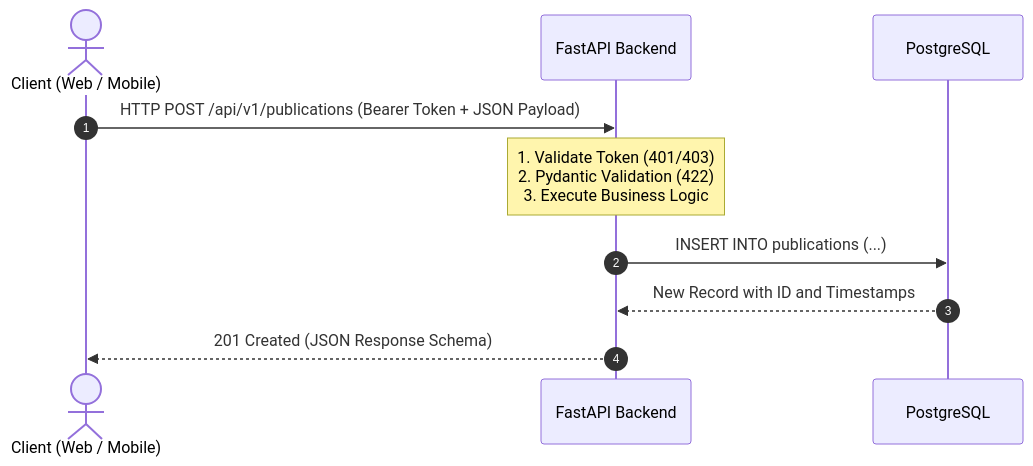
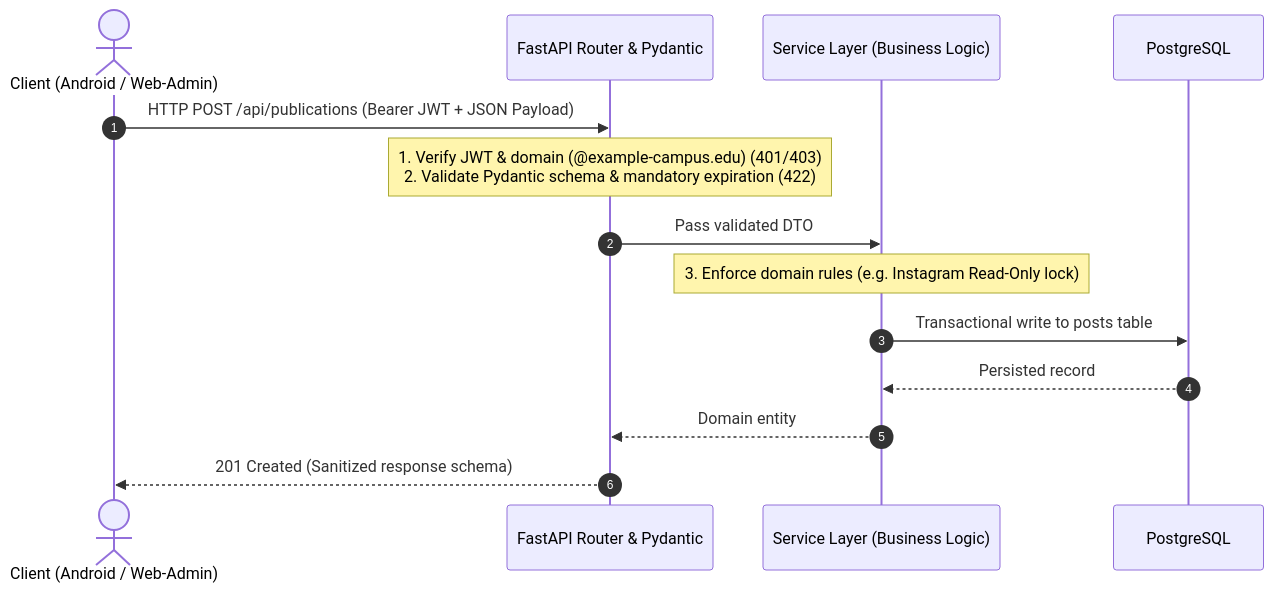
Before and after one commit to Pascal-Thommen/pascal-thommen.github.io: the first of 3 diagrams in content/posts/upa-campus-app-architecture-part-5/index.en.md, drawn with Mermaid. The commit also changed other lines of this file and 20 other files, not shown here.

Commit message:
feat(posts): refine UPA Campus App architecture series with holistic webapp mental model and specification depth

````diff
--- a/content/posts/upa-campus-app-architecture-part-5/index.en.md
+++ b/content/posts/upa-campus-app-architecture-part-5/index.en.md
@@ -28,13 +33,17 @@
 ```mermaid
 sequenceDiagram
     autonumber
-    actor Client as Client (Web / Mobile)
-    participant API as FastAPI Backend
+    actor Client as Client (Android / Web-Admin)
+    participant API as FastAPI Router & Pydantic
+    participant Service as Service Layer (Business Logic)
     participant DB as PostgreSQL
 
-    Client->>API: HTTP POST /api/v1/publications (Bearer Token + JSON Payload)
-    Note over API: 1. Validate Token (401/403)<br/>2. Pydantic Validation (422)<br/>3. Execute Business Logic
-    API->>DB: INSERT INTO publications (...)
-    DB-->>API: New Record with ID and Timestamps
-    API-->>Client: 201 Created (JSON Response Schema)
+    Client->>API: HTTP POST /api/publications (Bearer JWT + JSON Payload)
+    Note over API: 1. Verify JWT & domain (@example-campus.edu) (401/403)<br/>2. Validate Pydantic schema & mandatory expiration (422)
+    API->>Service: Pass validated DTO
+    Note over Service: 3. Enforce domain rules (e.g. Instagram Read-Only lock)
+    Service->>DB: Transactional write to posts table
+    DB-->>Service: Persisted record
+    Service-->>API: Domain entity
+    API-->>Client: 201 Created (Sanitized response schema)
 ```
````
